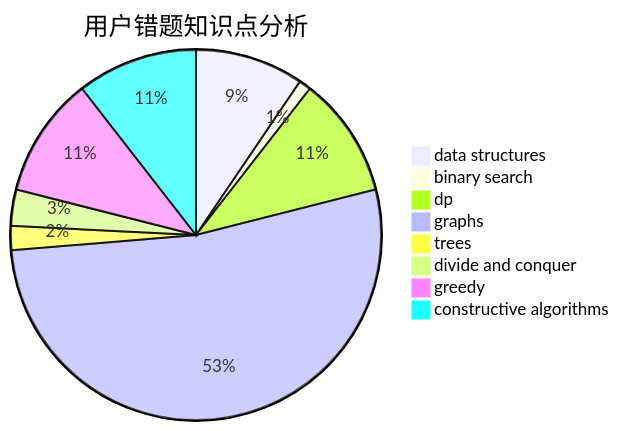
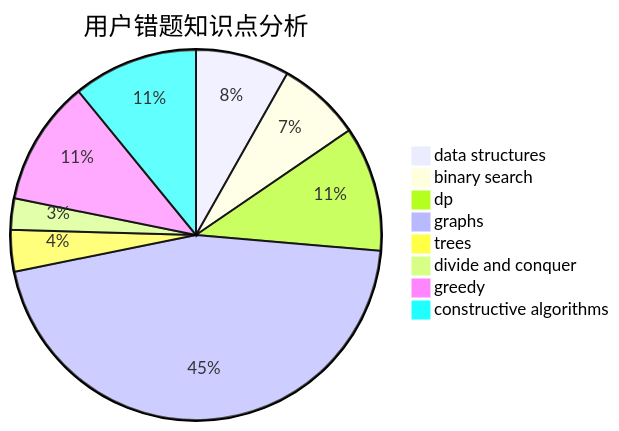
One commit to sherpahu/cfrs.github.io changed the third of 3 diagrams in docs/user/u901.md. Above: the diagram before and after it, drawn with Mermaid. The commit also changed other lines of this file and 2770 other files, not shown here.

````diff
--- a/docs/user/u901.md
+++ b/docs/user/u901.md
@@ -36,11 +36,11 @@
 ```mermaid
 pie title 用户错题知识点分析
     "data structures" :  9
-    "binary search" :  1
-    "dp" :  10
+    "binary search" :  8
+    "dp" :  12
     "graphs" :  50
-    "trees" :  2
+    "trees" :  4
     "divide and conquer" :  3
-    "greedy" :  10
-    "constructive algorithms" :  10
+    "greedy" :  12
+    "constructive algorithms" :  12
 ```
````
